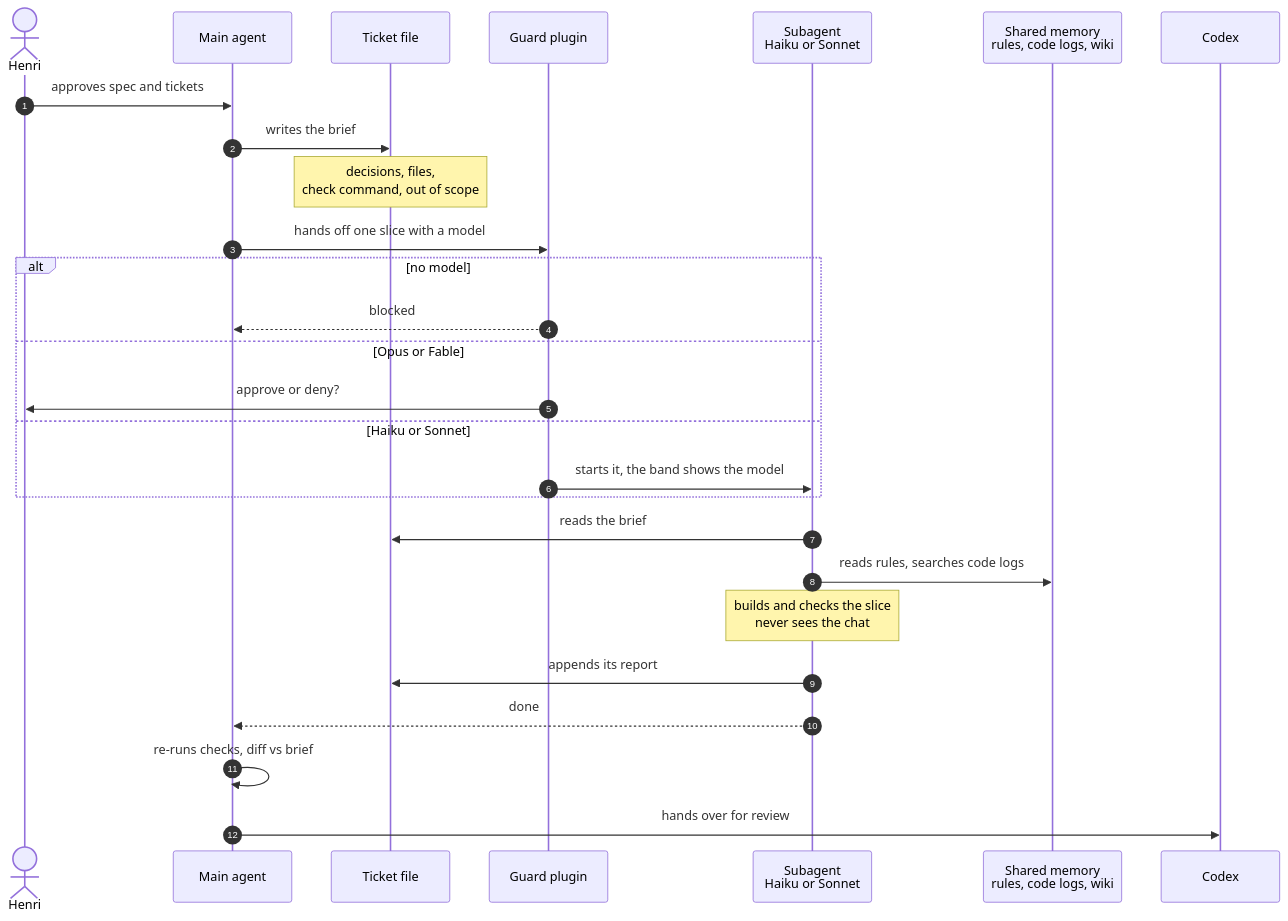
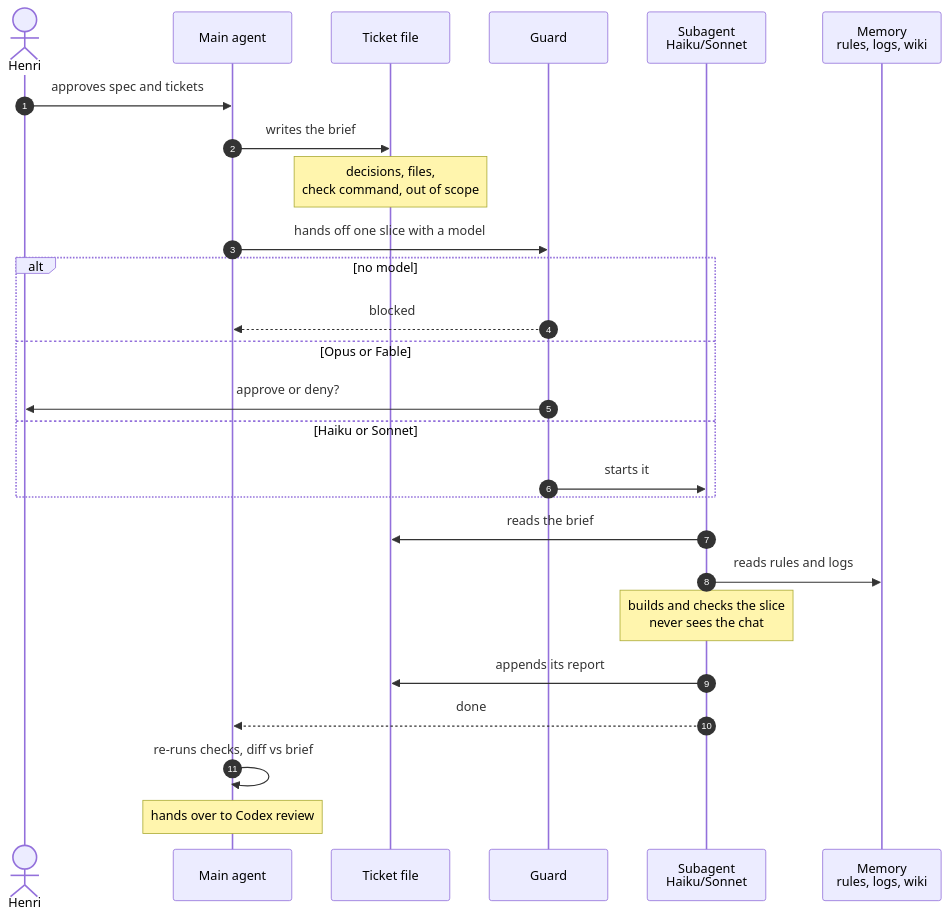
One commit to henribauer/how-i-build changed the second of 2 diagrams in README.md. Above: the diagram before and after it, drawn with Mermaid.

Commit message:
docs: narrow the subagent diagram so it fits GitHub's width

````diff
--- a/README.md
+++ b/README.md
@@ -82,29 +82,28 @@
 ```mermaid
 sequenceDiagram
     autonumber
     actor H as Henri
     participant M as Main agent
     participant T as Ticket file
-    participant G as Guard plugin
-    participant S as Subagent<br/>Haiku or Sonnet
-    participant K as Shared memory<br/>rules, code logs, wiki
-    participant C as Codex
+    participant G as Guard
+    participant S as Subagent<br/>Haiku/Sonnet
+    participant K as Memory<br/>rules, logs, wiki
     H->>M: approves spec and tickets
     M->>T: writes the brief
     Note over T: decisions, files,<br/>check command, out of scope
     M->>G: hands off one slice with a model
     alt no model
         G-->>M: blocked
     else Opus or Fable
         G->>H: approve or deny?
     else Haiku or Sonnet
-        G->>S: starts it, the band shows the model
+        G->>S: starts it
     end
     S->>T: reads the brief
-    S->>K: reads rules, searches code logs
+    S->>K: reads rules and logs
     Note over S: builds and checks the slice<br/>never sees the chat
     S->>T: appends its report
     S-->>M: done
     M->>M: re-runs checks, diff vs brief
-    M->>C: hands over for review
+    Note over M: hands over to Codex review
 ```
````
